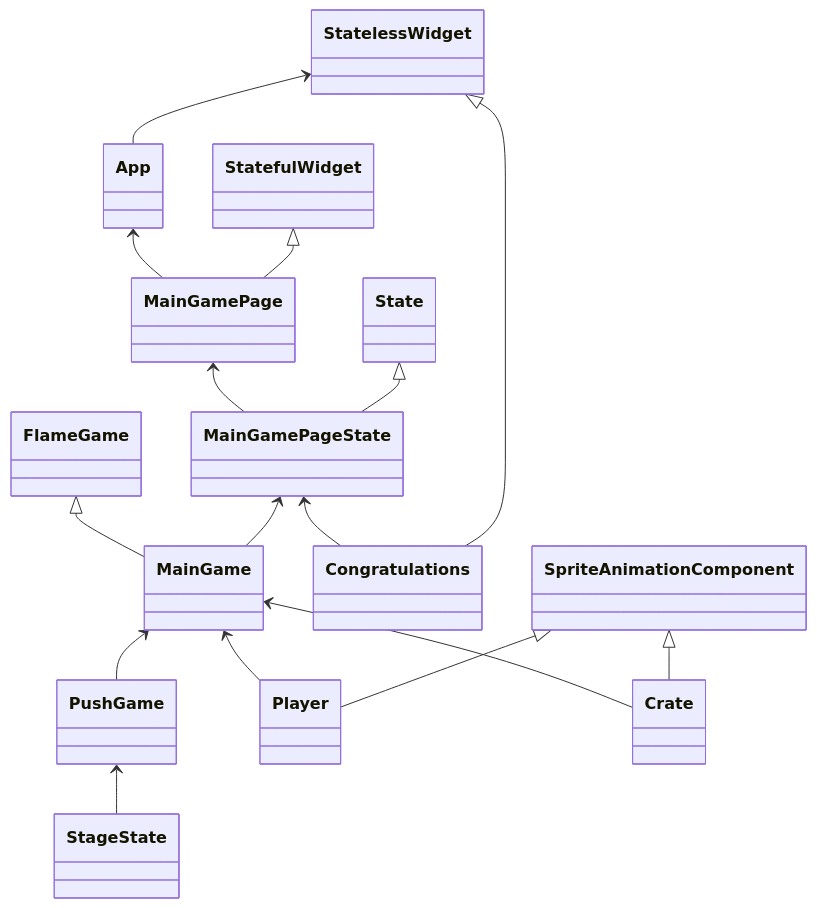
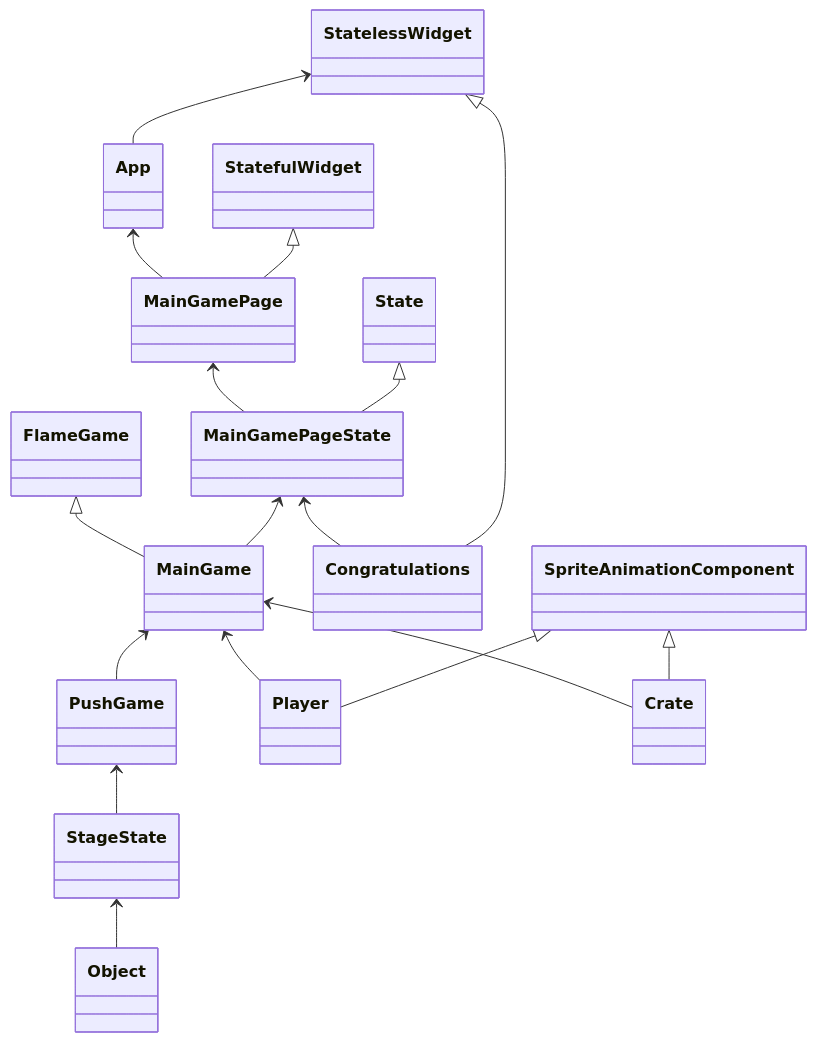
Before and after one commit to goodboop86/push_puzzle: the first of 4 diagrams in README.md, drawn with Mermaid. The commit also changed other lines of this file and 1 other file, not shown here.

````diff
--- a/README.md
+++ b/README.md
@@ -88,19 +88,21 @@
 ```mermaid
 classDiagram
     StatelessWidget <-- App
     App <-- MainGamePage
     StatefulWidget <|-- MainGamePage
     MainGamePage <-- MainGamePageState
     State <|-- MainGamePageState
     FlameGame <|-- MainGame
     MainGamePageState <-- MainGame
     MainGamePageState <-- Congratulations
     StatelessWidget <|-- Congratulations
     MainGame <-- PushGame
     MainGame <-- Player
     MainGame <-- Crate
     PushGame <-- StageState
+    StageState <-- Object
+    %% ここのObjectは独自クラス
     SpriteAnimationComponent <|-- Player
     SpriteAnimationComponent <|-- Crate
 
 ```
````
